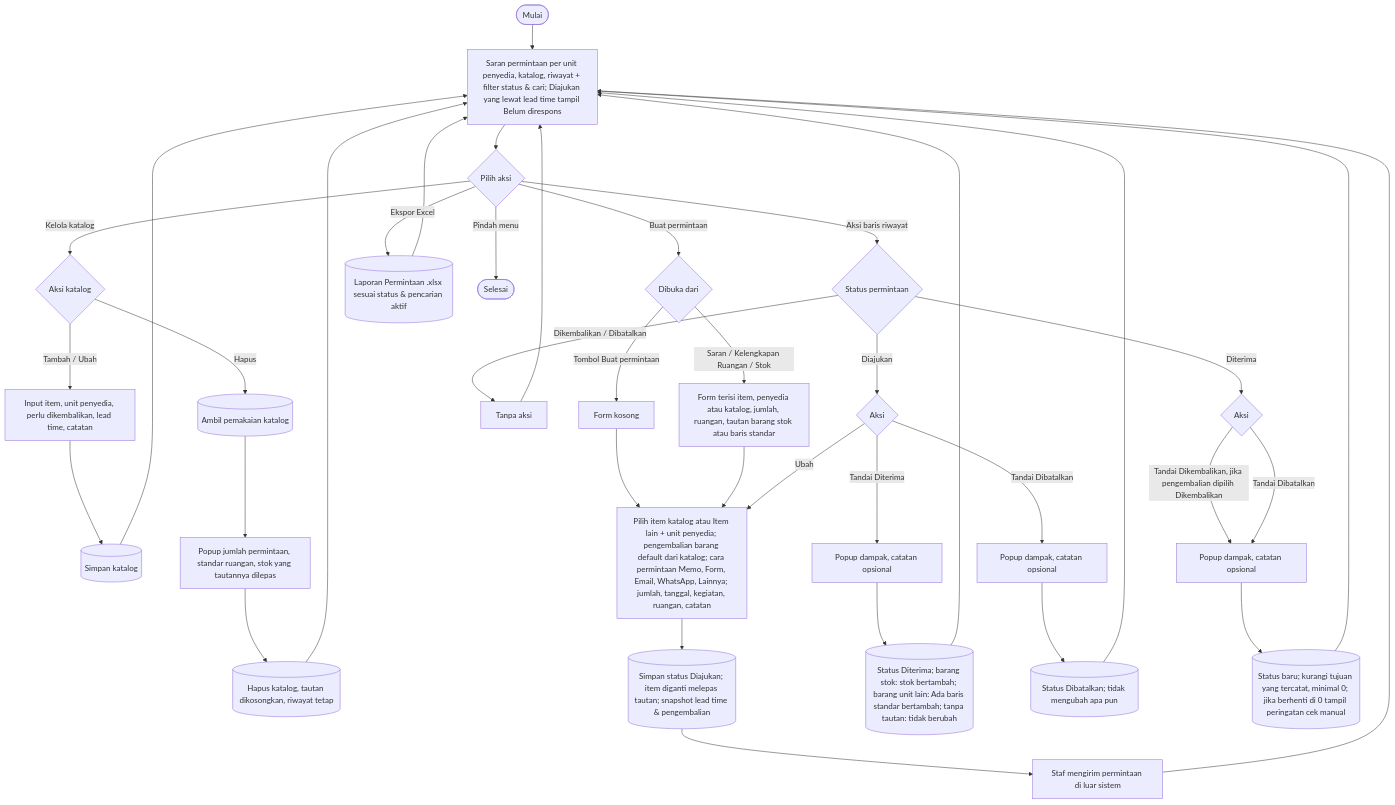
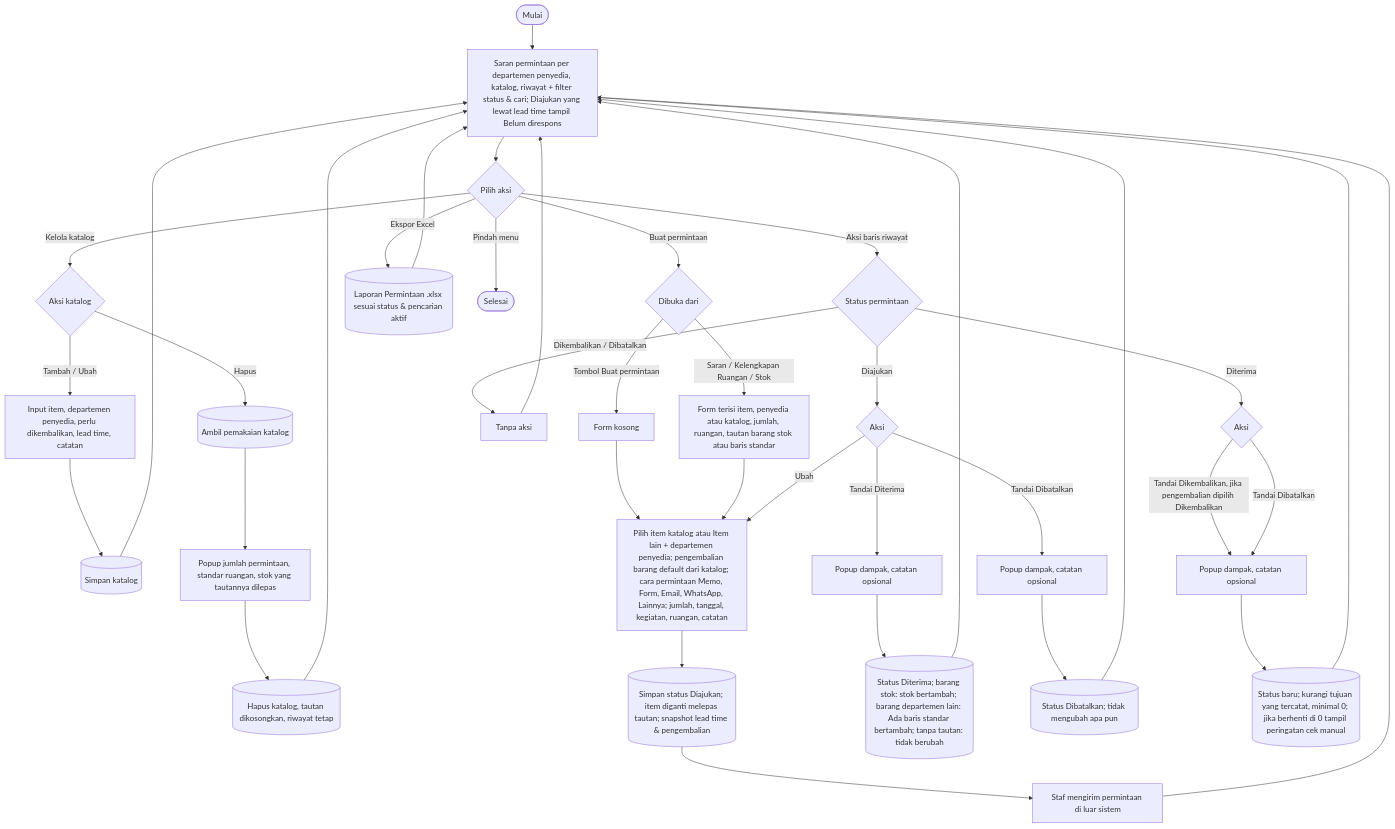
Before and after one commit to mrizqihidayat/system-tracking-asset: the seventh of 9 diagrams in docs/flowchart.md, drawn with Mermaid. The commit also changed other lines of this file and 41 other files, not shown here.

First line of the commit message:
T26q: istilah Departemen menggantikan unit organisasi

````diff
--- a/docs/flowchart.md
+++ b/docs/flowchart.md
@@ -259,30 +259,30 @@
 ```mermaid
 flowchart TD
-    A([Mulai]) --> B[Saran permintaan per unit penyedia, katalog, riwayat + filter status & cari; Diajukan yang lewat lead time tampil Belum direspons]
+    A([Mulai]) --> B[Saran permintaan per departemen penyedia, katalog, riwayat + filter status & cari; Diajukan yang lewat lead time tampil Belum direspons]
     B --> C{Pilih aksi}
 
     C -- Kelola katalog --> K0{Aksi katalog}
-    K0 -- Tambah / Ubah --> K1[Input item, unit penyedia, perlu dikembalikan, lead time, catatan] --> K2[(Simpan katalog)] --> B
+    K0 -- Tambah / Ubah --> K1[Input item, departemen penyedia, perlu dikembalikan, lead time, catatan] --> K2[(Simpan katalog)] --> B
     K0 -- Hapus --> K3[(Ambil pemakaian katalog)] --> K4[Popup jumlah permintaan, standar ruangan, stok yang tautannya dilepas] --> K5[(Hapus katalog, tautan dikosongkan, riwayat tetap)] --> B
 
     C -- Buat permintaan --> P0{Dibuka dari}
     P0 -- Tombol Buat permintaan --> P1[Form kosong]
     P0 -- Saran / Kelengkapan Ruangan / Stok --> P1a[Form terisi item, penyedia atau katalog, jumlah, ruangan, tautan barang stok atau baris standar]
-    P1 & P1a --> P2[Pilih item katalog atau Item lain + unit penyedia; pengembalian barang default dari katalog; cara permintaan Memo, Form, Email, WhatsApp, Lainnya; jumlah, tanggal, kegiatan, ruangan, catatan]
+    P1 & P1a --> P2[Pilih item katalog atau Item lain + departemen penyedia; pengembalian barang default dari katalog; cara permintaan Memo, Form, Email, WhatsApp, Lainnya; jumlah, tanggal, kegiatan, ruangan, catatan]
     P2 --> P3[(Simpan status Diajukan; item diganti melepas tautan; snapshot lead time & pengembalian)]
     P3 --> P4[Staf mengirim permintaan di luar sistem] --> B
 
     C -- Aksi baris riwayat --> U0{Status permintaan}
     U0 -- Dikembalikan / Dibatalkan --> U3[Tanpa aksi] --> B
     U0 -- Diajukan --> U1{Aksi}
     U1 -- Ubah --> P2
-    U1 -- Tandai Diterima --> M1[Popup dampak, catatan opsional] --> I1[(Status Diterima; barang stok: stok bertambah; barang unit lain: Ada baris standar bertambah; tanpa tautan: tidak berubah)] --> B
+    U1 -- Tandai Diterima --> M1[Popup dampak, catatan opsional] --> I1[(Status Diterima; barang stok: stok bertambah; barang departemen lain: Ada baris standar bertambah; tanpa tautan: tidak berubah)] --> B
     U1 -- Tandai Dibatalkan --> M2[Popup dampak, catatan opsional] --> I2[(Status Dibatalkan; tidak mengubah apa pun)] --> B
     U0 -- Diterima --> U2{Aksi}
     U2 -- Tandai Dikembalikan, jika pengembalian dipilih Dikembalikan --> M3[Popup dampak, catatan opsional]
     U2 -- Tandai Dibatalkan --> M3
     M3 --> I3[(Status baru; kurangi tujuan yang tercatat, minimal 0; jika berhenti di 0 tampil peringatan cek manual)] --> B
 
     C -- Ekspor Excel --> X1[(Laporan Permintaan .xlsx sesuai status & pencarian aktif)] --> B
     C -- Pindah menu --> Z([Selesai])
 ```
````
